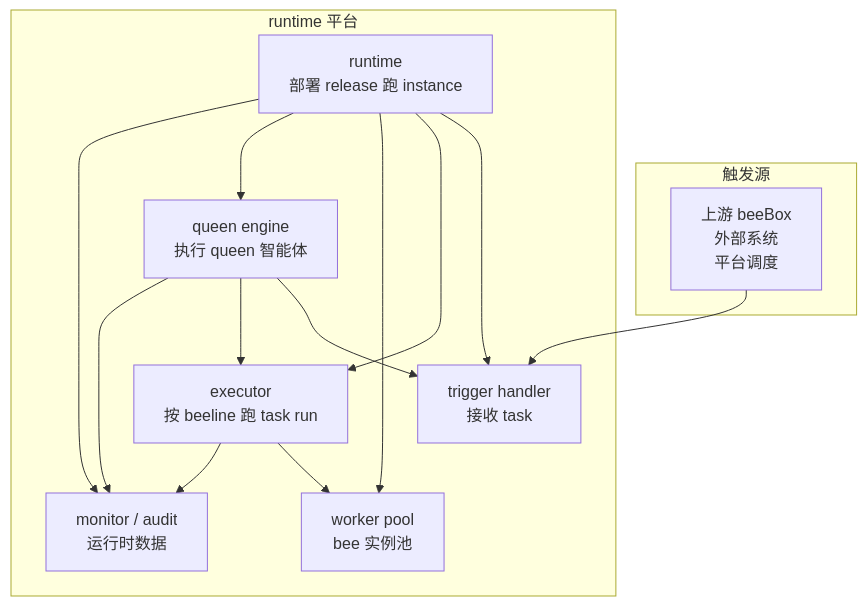
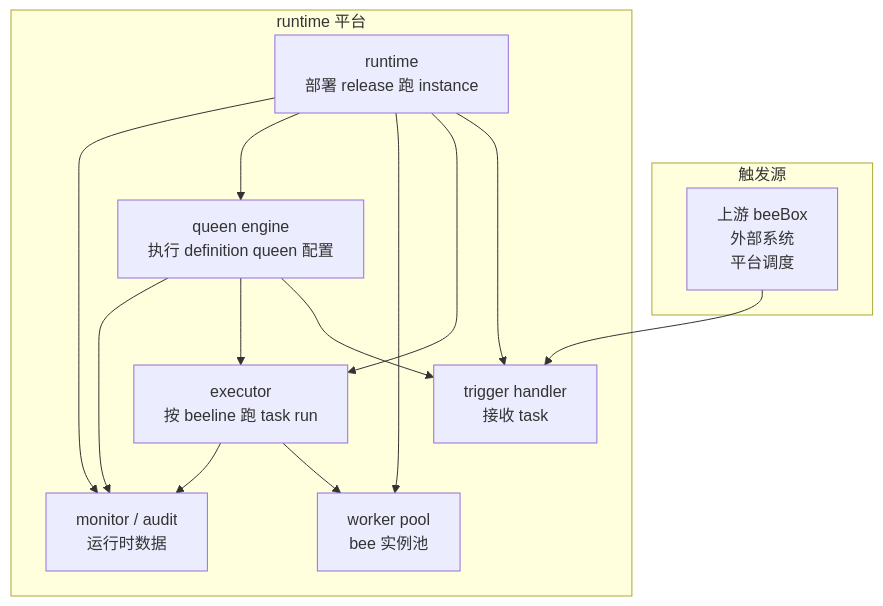
One commit to chehuizi/beeOS changed the diagram in docs/beebox-runtime-design.md. Above: the diagram before and after it, drawn with Mermaid. The commit also changed other lines of this file and 5 other files, not shown here.

First line of the commit message:
docs: queen 降级 - 从独立对象 → definition 顶层字段

````diff
--- a/docs/beebox-runtime-design.md
+++ b/docs/beebox-runtime-design.md
@@ -45,27 +45,27 @@
 ```mermaid
 flowchart TB
   subgraph src["触发源"]
     up["上游 beeBox\n外部系统\n平台调度"]
   end
 
   subgraph rt["runtime 平台"]
     rt_obj["runtime\n部署 release 跑 instance"]
     th["trigger handler\n接收 task"]
     ex["executor\n按 beeline 跑 task run"]
     wp["worker pool\nbee 实例池"]
-    qe["queen engine\n执行 queen 智能体"]
+    qe["queen engine\n执行 definition queen 配置"]
     mn["monitor / audit\n运行时数据"]
   end
 
   up --> th
   rt_obj --> th
   rt_obj --> ex
   rt_obj --> wp
   rt_obj --> qe
   rt_obj --> mn
   ex --> wp
   qe --> th
   qe --> ex
   ex --> mn
   qe --> mn
 ```
````
